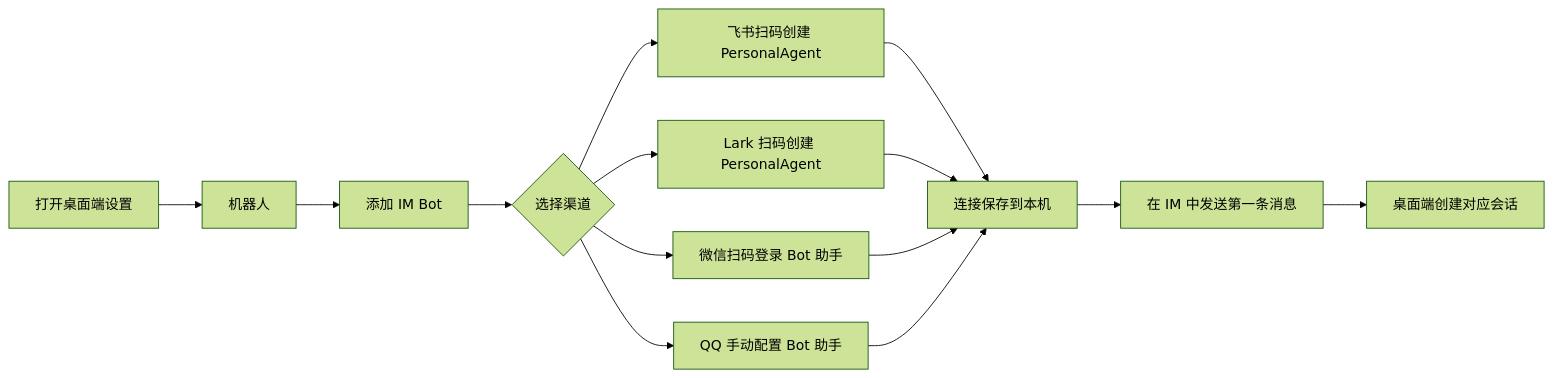
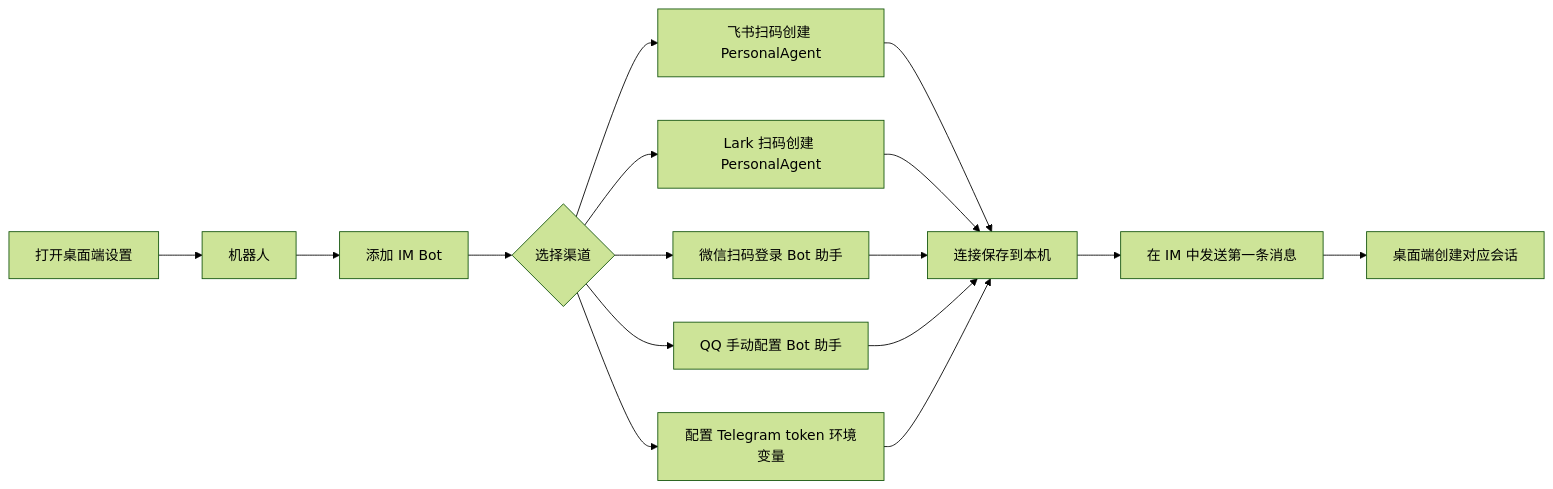
Before and after one commit to Ebonyhtx/reames-agent: the first of 3 diagrams in docs/BOT_GUIDE.zh-CN.md, drawn with Mermaid (forest theme). The commit also changed other lines of this file and 128 other files, not shown here.

````diff
--- a/docs/BOT_GUIDE.zh-CN.md
+++ b/docs/BOT_GUIDE.zh-CN.md
@@ -62,16 +62,18 @@
 ```mermaid
 flowchart LR
   A["打开桌面端设置"] --> B["机器人"]
   B --> C["添加 IM Bot"]
   C --> D{"选择渠道"}
   D --> E["飞书扫码创建 PersonalAgent"]
   D --> F["Lark 扫码创建 PersonalAgent"]
   D --> G["微信扫码登录 Bot 助手"]
   D --> H["QQ 手动配置 Bot 助手"]
+  D --> T["配置 Telegram token 环境变量"]
   E --> I["连接保存到本机"]
   F --> I
   G --> I
   H --> I
+  T --> I
   I --> J["在 IM 中发送第一条消息"]
   J --> K["桌面端创建对应会话"]
 ```
````
